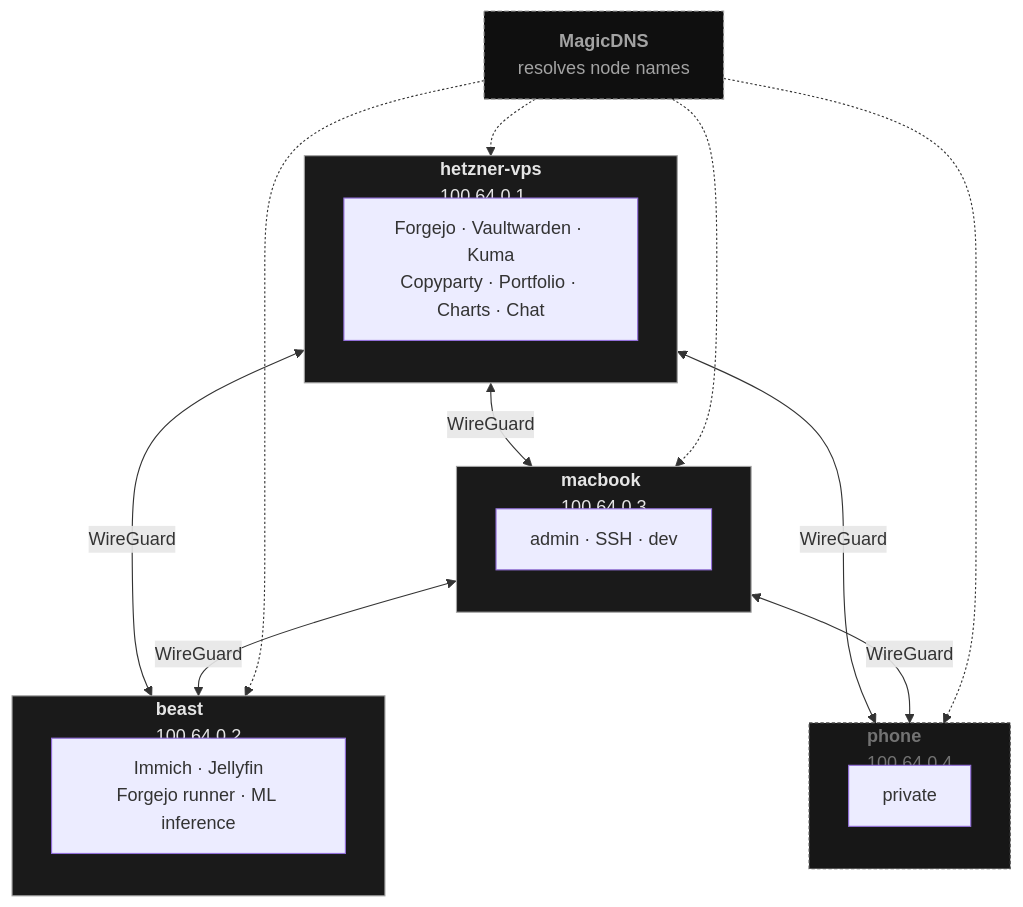
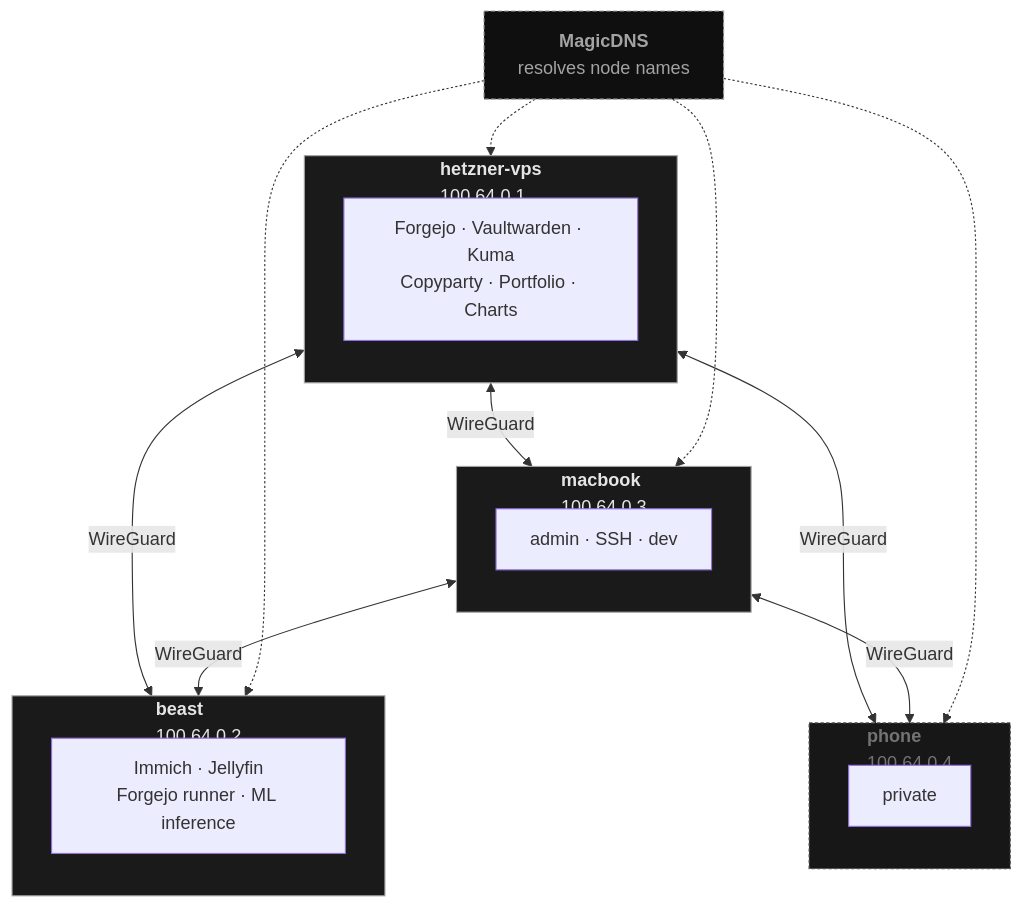
Before and after one commit to M4Marvin/main-site: the diagram in diagrams/self-hosted/infra-tailnet.mmd, drawn with Mermaid. The commit also changed 5 other files, not shown here.

```diff
--- a/diagrams/self-hosted/infra-tailnet.mmd
+++ b/diagrams/self-hosted/infra-tailnet.mmd
@@ -1,41 +1,41 @@
 flowchart TB
     subgraph VPS["<b>hetzner-vps</b><br/>100.64.0.1"]
         direction TB
-        VPS_SVC["Forgejo · Vaultwarden · Kuma<br/>Copyparty · Portfolio · Charts · Chat"]
+        VPS_SVC["Forgejo · Vaultwarden · Kuma<br/>Copyparty · Portfolio · Charts"]
     end
 
     subgraph BEAST["<b>beast</b><br/>100.64.0.2"]
         direction TB
         BEAST_SVC["Immich · Jellyfin<br/>Forgejo runner · ML inference"]
     end
 
     subgraph MAC["<b>macbook</b><br/>100.64.0.3"]
         direction TB
         MAC_SVC["admin · SSH · dev"]
     end
 
     subgraph PHONE["<b>phone</b><br/>100.64.0.4"]
         direction TB
         PHONE_SVC["private"]
     end
 
     DNS["<b>MagicDNS</b><br/>resolves node names"]
 
     VPS <-->|"WireGuard"| BEAST
     VPS <-->|"WireGuard"| MAC
     VPS <-->|"WireGuard"| PHONE
     MAC <-->|"WireGuard"| BEAST
     MAC <-->|"WireGuard"| PHONE
 
     DNS -.-> VPS
     DNS -.-> BEAST
     DNS -.-> MAC
     DNS -.-> PHONE
 
     classDef online fill:#1a1a1a,stroke:#a3a3a3,stroke-width:1px,color:#e5e5e5
     classDef offline fill:#171717,stroke:#525252,stroke-width:1px,stroke-dasharray:3 2,color:#737373
     classDef dns fill:#0f0f0f,stroke:#a3a3a3,stroke-width:1px,stroke-dasharray:4 2,color:#a3a3a3
 
     class VPS,BEAST,MAC online
     class PHONE offline
     class DNS dns
```
